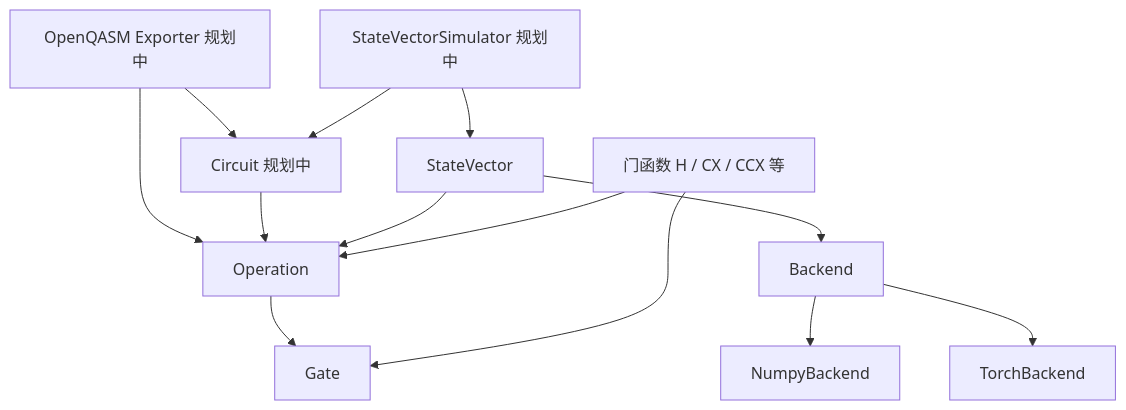
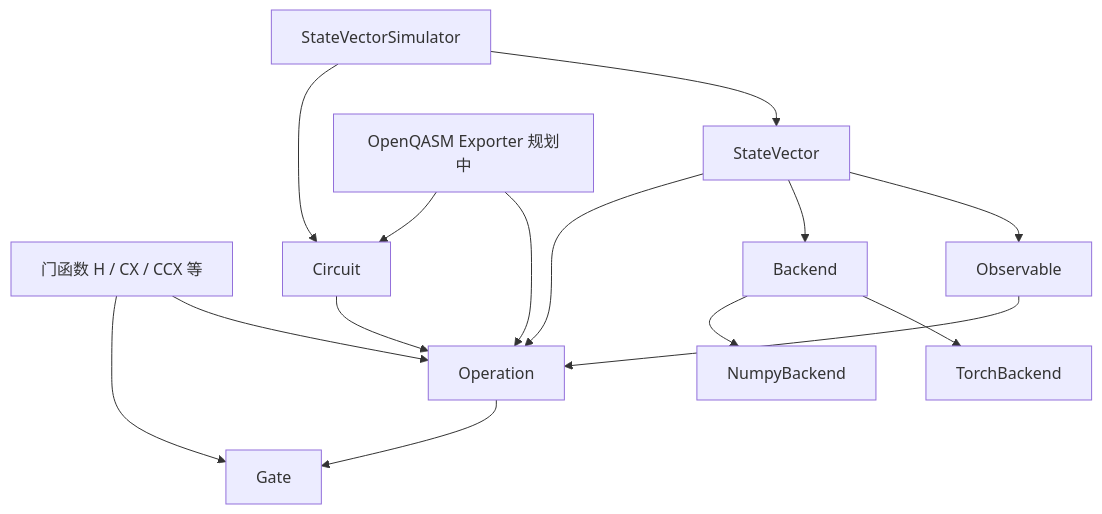
The diagram in docs/architecture.md (imechZhangLY/simple-statevector-simulator), drawn with Mermaid before and after one commit. The commit also changed other lines of this file and 31 other files, not shown here.

````diff
--- a/docs/architecture.md
+++ b/docs/architecture.md
@@ -58,15 +71,17 @@
 ```mermaid
 flowchart TD
     GateFunctions[门函数 H / CX / CCX 等] --> Gate
     GateFunctions --> Operation
     Operation --> Gate
     StateVector --> Operation
     StateVector --> Backend
     Backend --> NumpyBackend
     Backend --> TorchBackend
-    Circuit[Circuit 规划中] --> Operation
-    Simulator[StateVectorSimulator 规划中] --> Circuit
+    Circuit --> Operation
+    Observable --> Operation
+    StateVector --> Observable
+    Simulator[StateVectorSimulator] --> Circuit
     Simulator --> StateVector
     Exporter[OpenQASM Exporter 规划中] --> Circuit
     Exporter --> Operation
 ```
````
